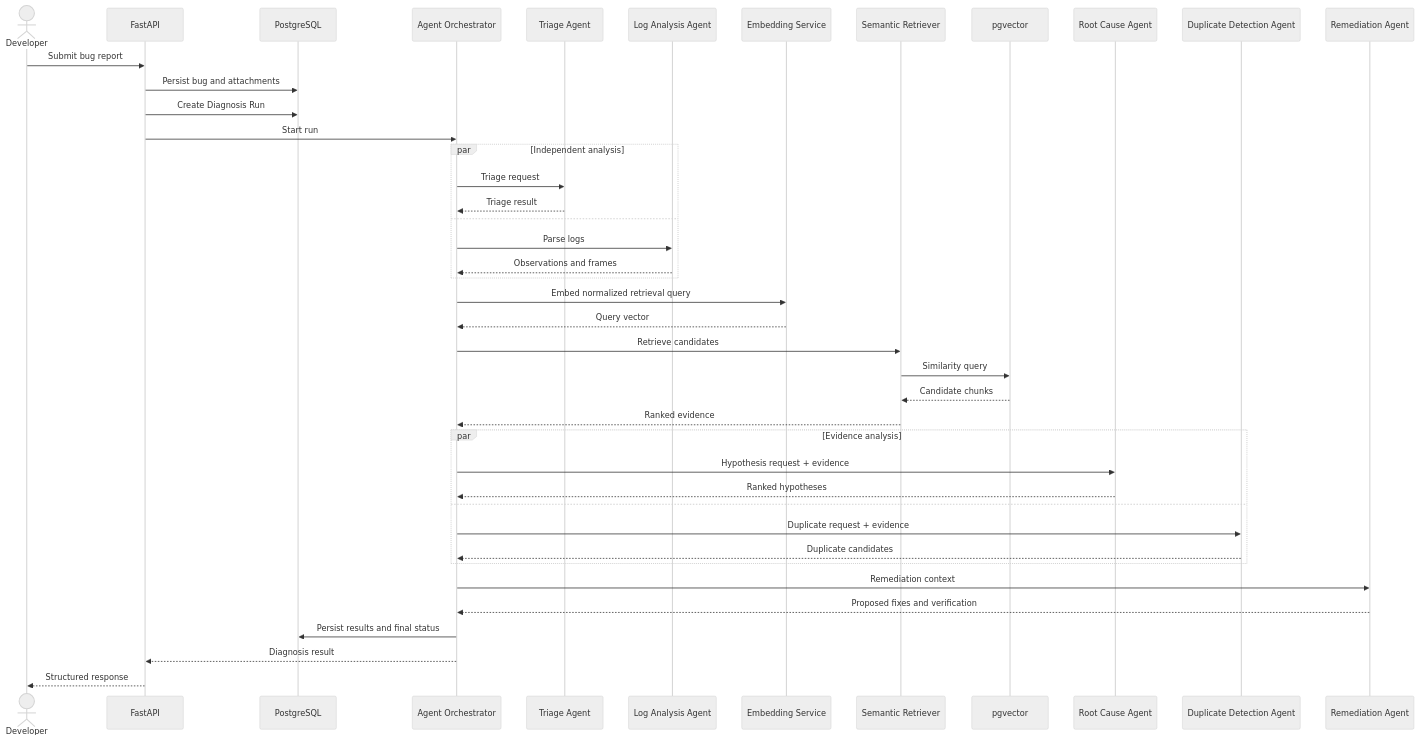
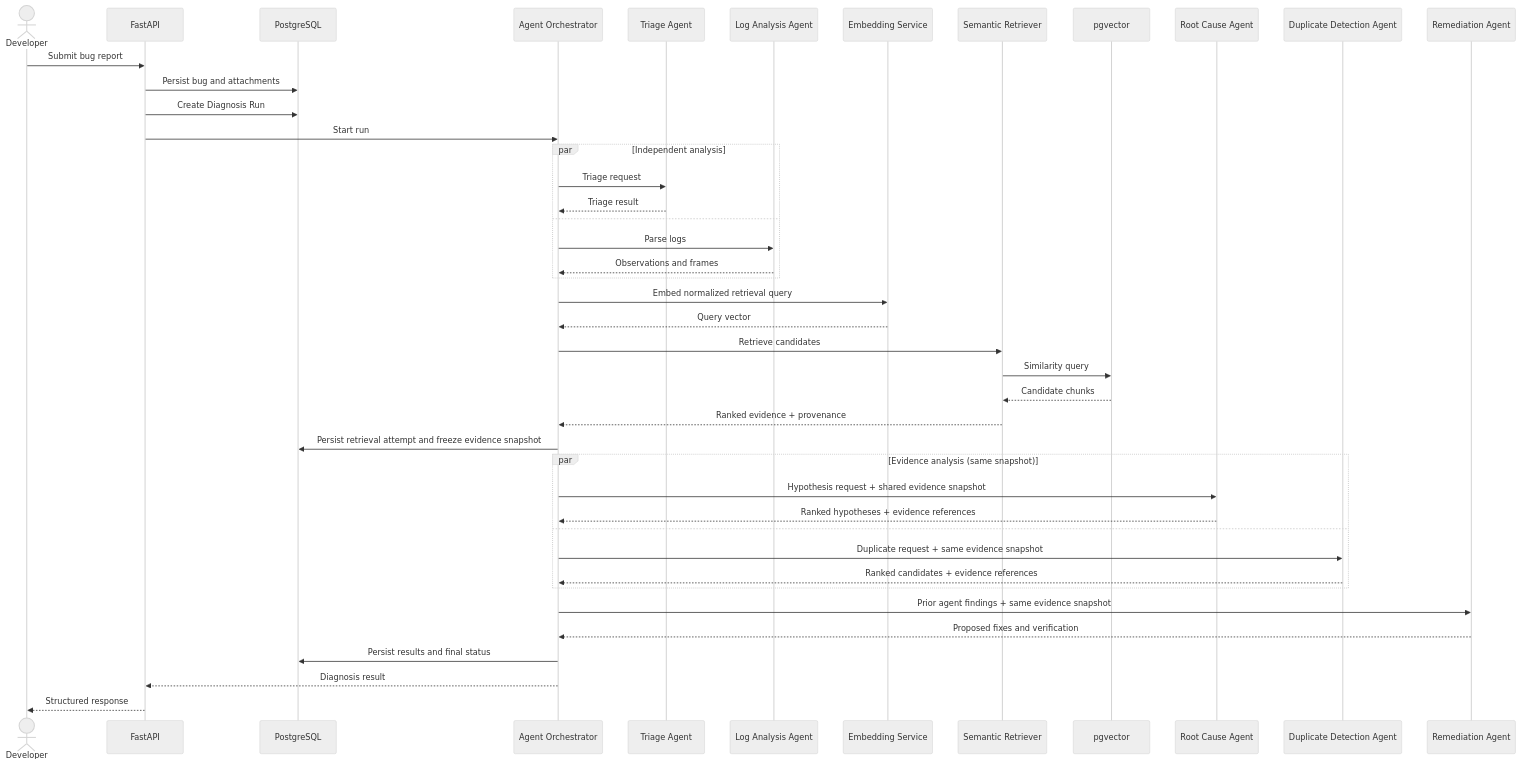
The second of 2 diagrams in docs/agent-design.md (Mokshsaini7/intelligent-bug-diagnosis-platform), drawn with Mermaid (neutral theme) before and after one commit. The commit also changed other lines of this file, not shown here.

````diff
--- a/docs/agent-design.md
+++ b/docs/agent-design.md
@@ -631,45 +748,46 @@
 ```mermaid
 sequenceDiagram
     actor Developer
     participant API as FastAPI
     participant DB as PostgreSQL
     participant Orch as Agent Orchestrator
     participant T as Triage Agent
     participant L as Log Analysis Agent
     participant Emb as Embedding Service
     participant Ret as Semantic Retriever
     participant V as pgvector
     participant R as Root Cause Agent
     participant D as Duplicate Detection Agent
     participant M as Remediation Agent
 
     Developer->>API: Submit bug report
     API->>DB: Persist bug and attachments
     API->>DB: Create Diagnosis Run
     API->>Orch: Start run
     par Independent analysis
         Orch->>T: Triage request
         T-->>Orch: Triage result
     and
         Orch->>L: Parse logs
         L-->>Orch: Observations and frames
     end
     Orch->>Emb: Embed normalized retrieval query
     Emb-->>Orch: Query vector
     Orch->>Ret: Retrieve candidates
     Ret->>V: Similarity query
     V-->>Ret: Candidate chunks
-    Ret-->>Orch: Ranked evidence
-    par Evidence analysis
-        Orch->>R: Hypothesis request + evidence
-        R-->>Orch: Ranked hypotheses
+    Ret-->>Orch: Ranked evidence + provenance
+    Orch->>DB: Persist retrieval attempt and freeze evidence snapshot
+    par Evidence analysis (same snapshot)
+        Orch->>R: Hypothesis request + shared evidence snapshot
+        R-->>Orch: Ranked hypotheses + evidence references
     and
-        Orch->>D: Duplicate request + evidence
-        D-->>Orch: Duplicate candidates
+        Orch->>D: Duplicate request + same evidence snapshot
+        D-->>Orch: Ranked candidates + evidence references
     end
-    Orch->>M: Remediation context
+    Orch->>M: Prior agent findings + same evidence snapshot
     M-->>Orch: Proposed fixes and verification
     Orch->>DB: Persist results and final status
     Orch-->>API: Diagnosis result
     API-->>Developer: Structured response
 ```
````
